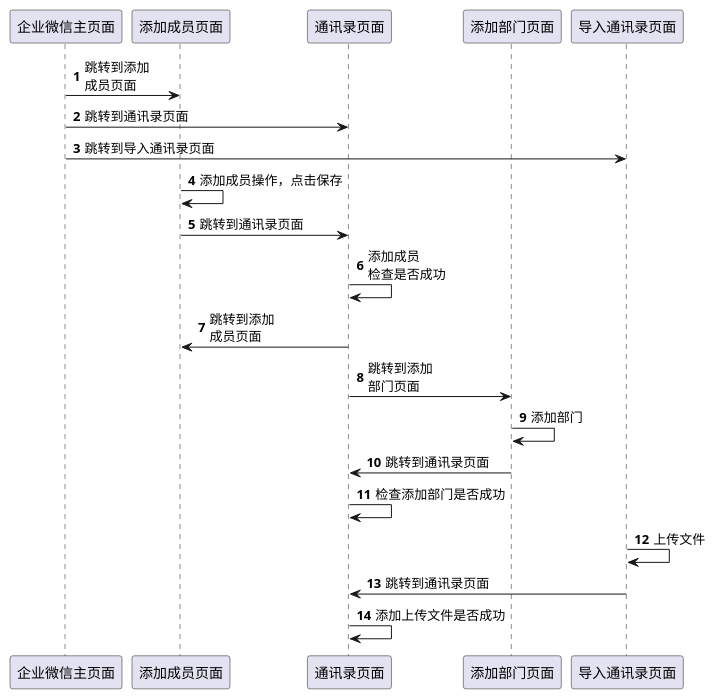
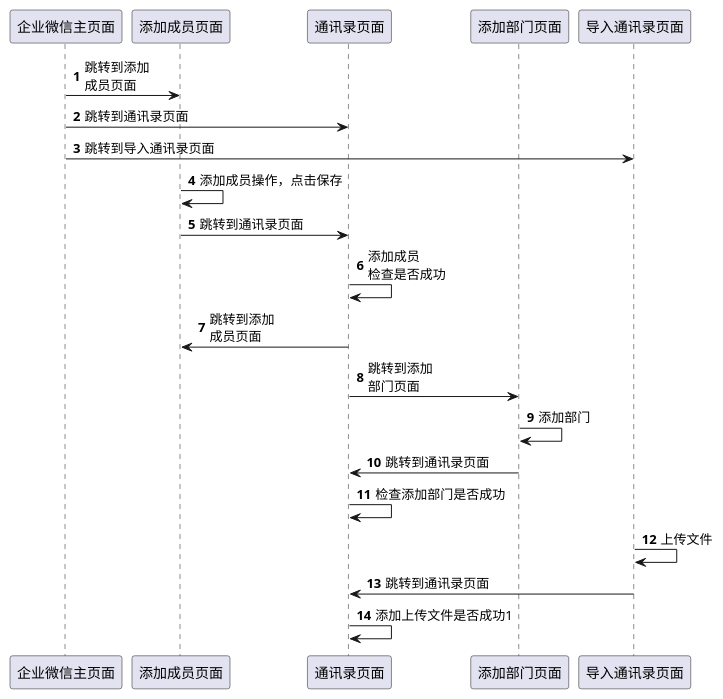
The diagram in po_homework/pohomework.puml (804142400/homework), drawn with PlantUML before and after one commit.

Commit message:
homework

```diff
--- a/po_homework/pohomework.puml
+++ b/po_homework/pohomework.puml
@@ -1,29 +1,29 @@
 @startuml
 'https://plantuml.com/sequence-diagram
 
 autonumber
 
 participant 企业微信主页面 as main
 participant 添加成员页面 as add_member
 participant 通讯录页面 as contact
 participant 添加部门页面 as add_department
 participant 导入通讯录页面 as import_contact
 
 
 
 main -> add_member: 跳转到添加\n成员页面
 main -> contact: 跳转到通讯录页面
 main -> import_contact: 跳转到导入通讯录页面
 add_member -> add_member: 添加成员操作，点击保存
 add_member -> contact: 跳转到通讯录页面
 contact -> contact: 添加成员\n检查是否成功
 contact -> add_member: 跳转到添加\n成员页面
 contact-> add_department: 跳转到添加\n部门页面
 add_department-> add_department: 添加部门
 add_department-> contact: 跳转到通讯录页面
 contact -> contact: 检查添加部门是否成功
 import_contact-> import_contact: 上传文件
 import_contact-> contact: 跳转到通讯录页面
-contact -> contact: 添加上传文件是否成功
+contact -> contact: 添加上传文件是否成功1
 
 @enduml
```
